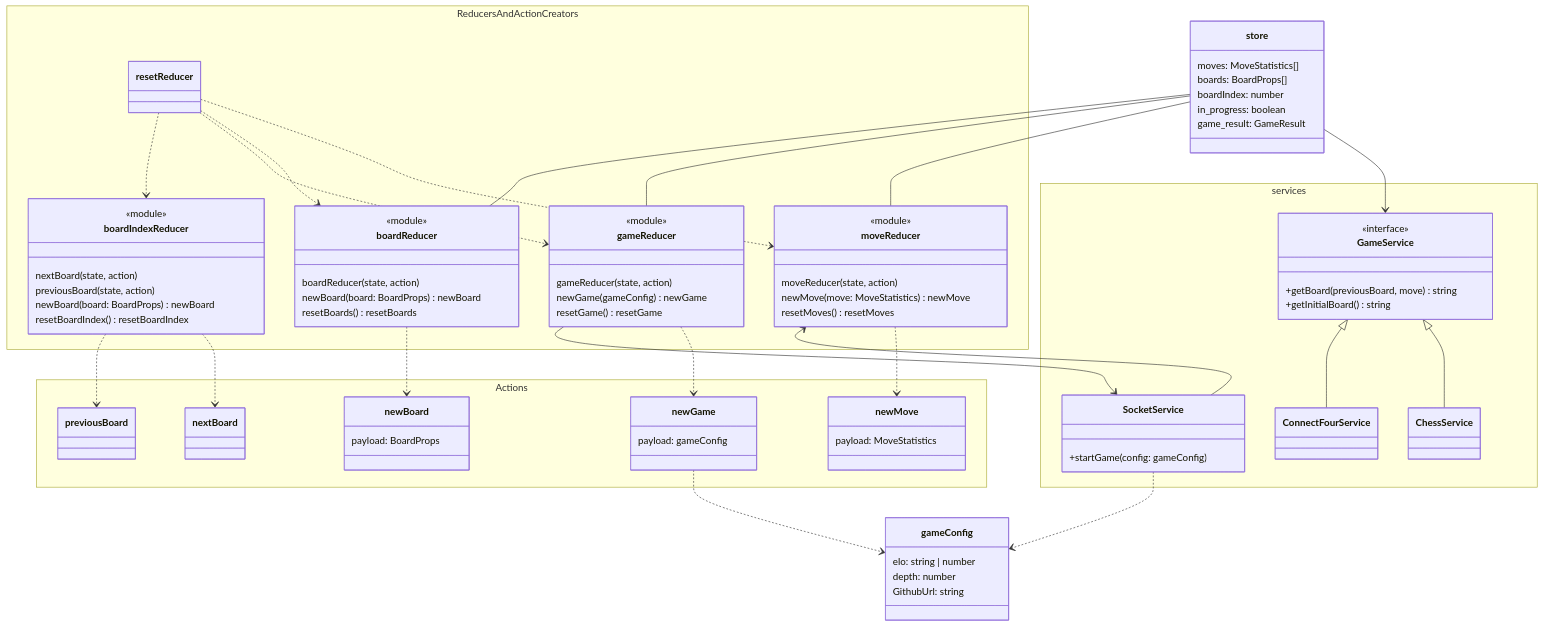
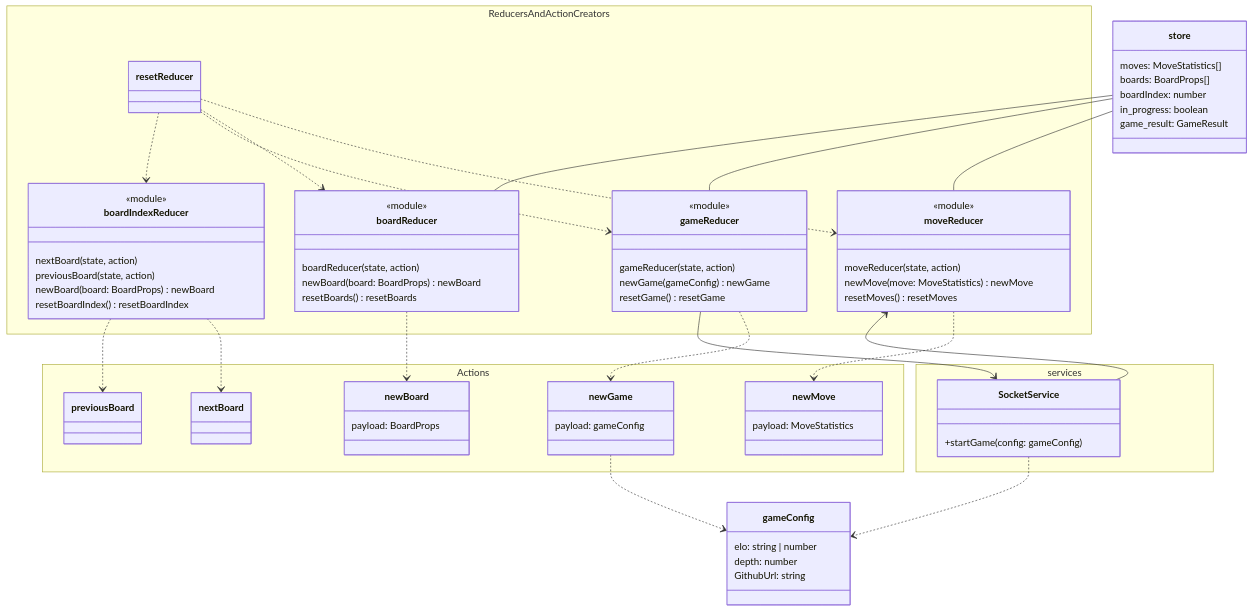
Before and after one commit to game-ai-platform-team/tira-ai-platform: the fifth of 5 diagrams in docs/architecture.md, drawn with Mermaid. The commit also changed 1 other file, not shown here.

Commit message:
refactor(#115): Remove GameService

```diff
--- a/docs/architecture.md
+++ b/docs/architecture.md
@@ -261,7 +261,6 @@
 store -- moveReducer
 store -- gameReducer
 store -- boardReducer
-store --> GameService
 
 gameReducer ..> newGame
 moveReducer ..> newMove
@@ -281,22 +280,10 @@
 resetReducer ..> gameReducer
 resetReducer ..> boardIndexReducer
 
-GameService <|-- ChessService
-GameService <|-- ConnectFourService
-
 namespace services {
     class SocketService {
         +startGame(config: gameConfig)
     }
-
-    class GameService {
-        <<interface>>
-        +getBoard(previousBoard, move) string
-        +getInitialBoard() string
-    }
-
-    class ChessService
-    class ConnectFourService
 }
 
 class gameConfig {
```
